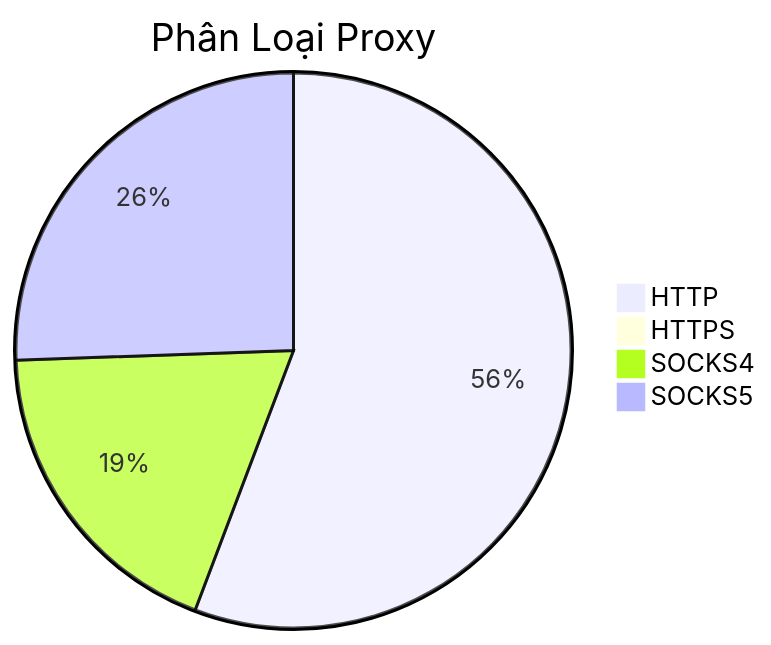
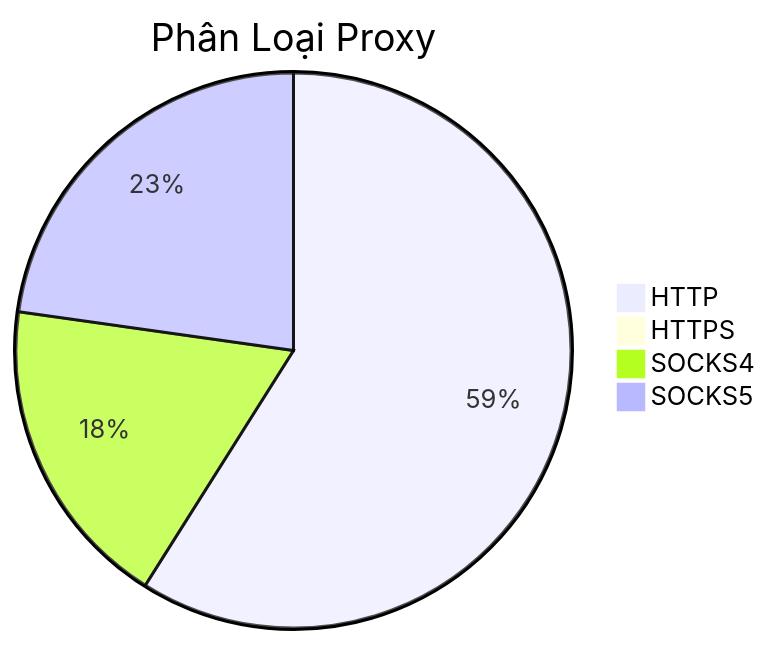
One commit to Ciara-12/PROXY-free changed the diagram in README.md. Above: the diagram before and after it, drawn with Mermaid. The commit also changed other lines of this file and 3 other files, not shown here.

````diff
--- a/README.md
+++ b/README.md
@@ -26,7 +26,7 @@
 ```mermaid
 pie title Phân Loại Proxy
-    "HTTP" : 803
+    "HTTP" : 1010
     "HTTPS" : 0
-    "SOCKS4" : 269
-    "SOCKS5" : 368
+    "SOCKS4" : 313
+    "SOCKS5" : 390
 ```
````
